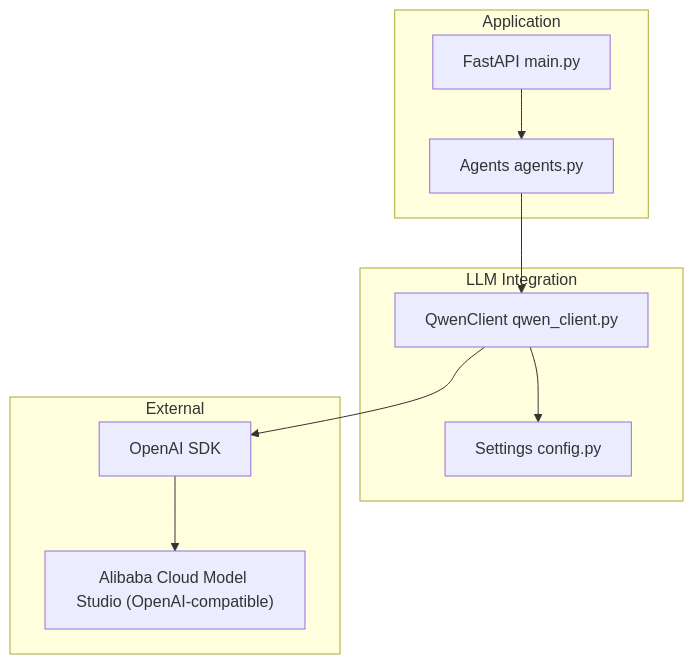
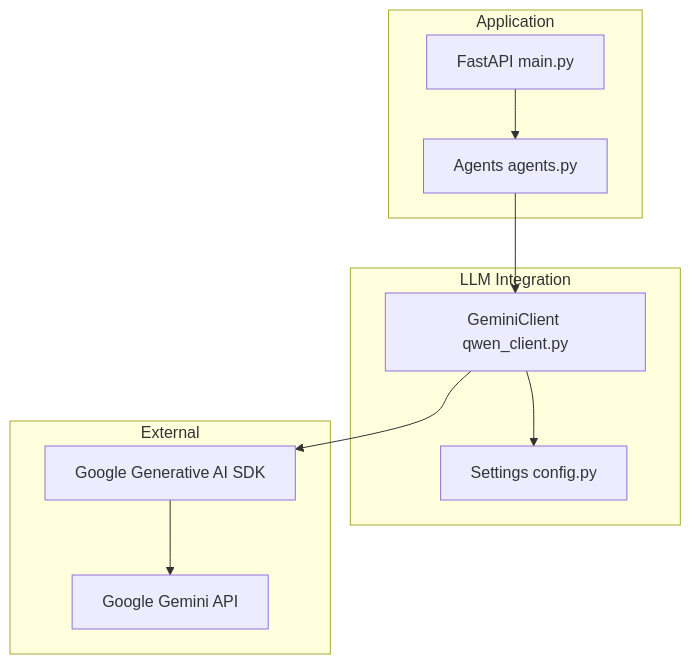
Before and after one commit to waqarimran342/CareerOS-AI: the first of 7 diagrams in .qoder/repowiki/en/content/External Integrations/Qwen LLM Integration.md, drawn with Mermaid. The commit also changed other lines of this file and 32 other files, not shown here.

````diff
--- a/.qoder/repowiki/en/content/External Integrations/Qwen LLM Integration.md
+++ b/.qoder/repowiki/en/content/External Integrations/Qwen LLM Integration.md
@@ -35,20 +43,20 @@
 ```mermaid
 graph TB
 subgraph "Application"
 Main["FastAPI main.py"]
 Agents["Agents agents.py"]
 end
 subgraph "LLM Integration"
-Client["QwenClient qwen_client.py"]
+Client["GeminiClient qwen_client.py"]
 Config["Settings config.py"]
 end
 subgraph "External"
-OpenAI["OpenAI SDK"]
-Qwen["Alibaba Cloud Model Studio (OpenAI-compatible)"]
+GenAI["Google Generative AI SDK"]
+Gemini["Google Gemini API"]
 end
 Main --> Agents
 Agents --> Client
 Client --> Config
-Client --> OpenAI
-OpenAI --> Qwen
+Client --> GenAI
+GenAI --> Gemini
 ```
````
